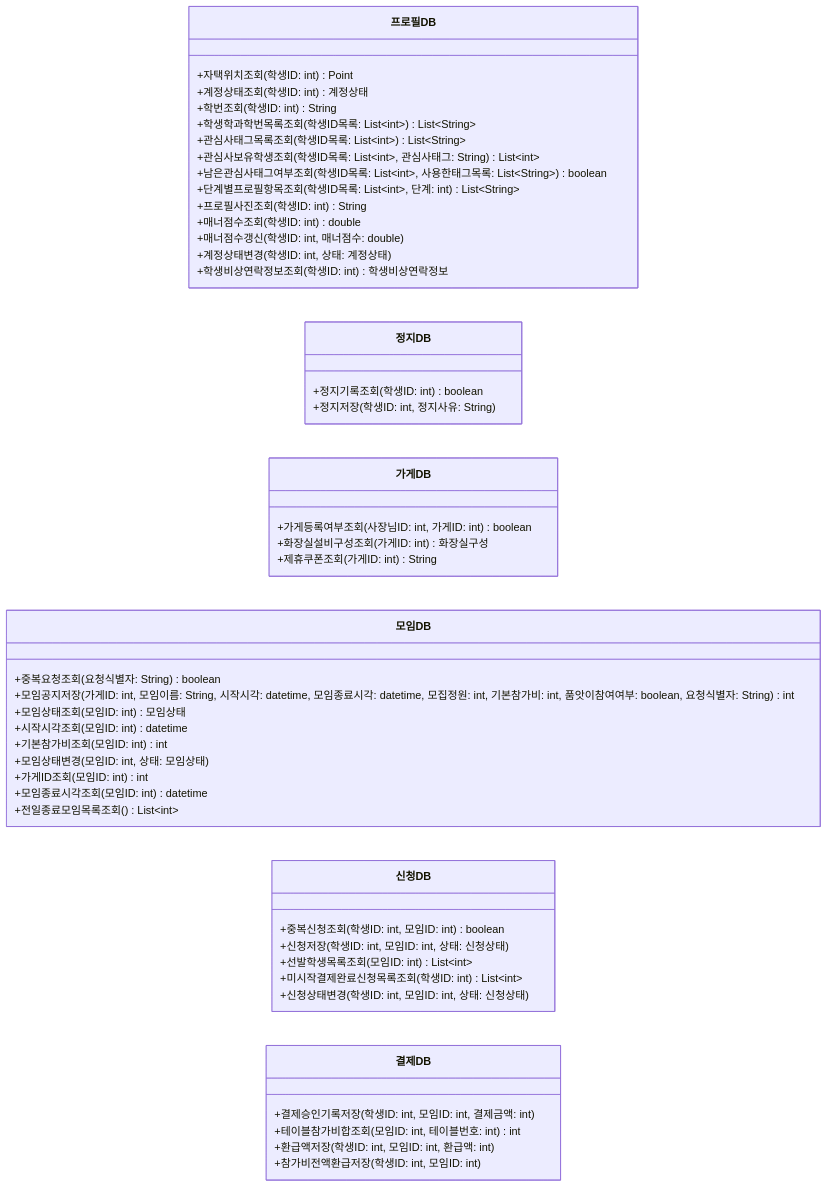
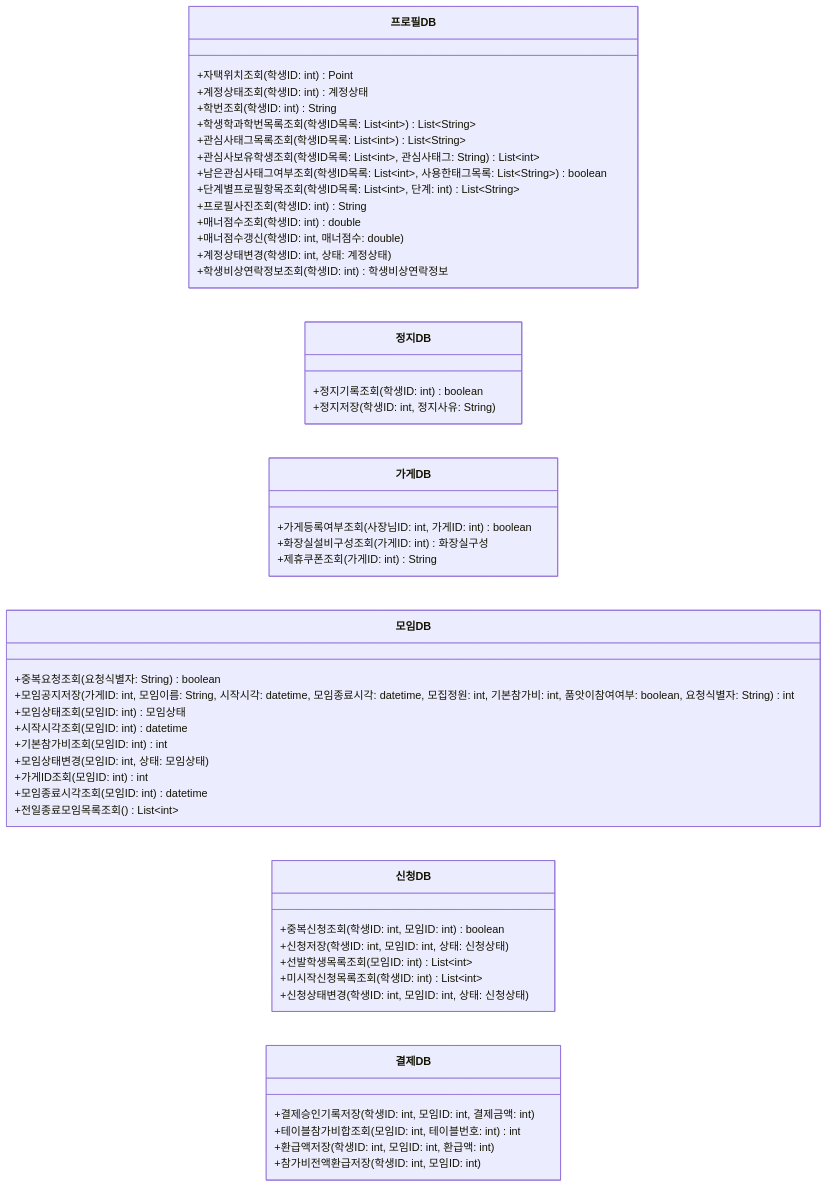
The ninth of 14 diagrams in class-diagram/class-diagram.md (hojae3/sw-engineering-16), drawn with Mermaid before and after one commit. The commit also changed other lines of this file and 11 other files, not shown here.

````diff
--- a/class-diagram/class-diagram.md
+++ b/class-diagram/class-diagram.md
@@ -656,52 +656,52 @@
 ```mermaid
 classDiagram
     direction LR
     class ProfileDB["프로필DB"] {
         +자택위치조회(학생ID: int) Point
         +계정상태조회(학생ID: int) 계정상태
         +학번조회(학생ID: int) String
         +학생학과학번목록조회(학생ID목록: List~int~) List~String~
         +관심사태그목록조회(학생ID목록: List~int~) List~String~
         +관심사보유학생조회(학생ID목록: List~int~, 관심사태그: String) List~int~
         +남은관심사태그여부조회(학생ID목록: List~int~, 사용한태그목록: List~String~) boolean
         +단계별프로필항목조회(학생ID목록: List~int~, 단계: int) List~String~
         +프로필사진조회(학생ID: int) String
         +매너점수조회(학생ID: int) double
         +매너점수갱신(학생ID: int, 매너점수: double)
         +계정상태변경(학생ID: int, 상태: 계정상태)
         +학생비상연락정보조회(학생ID: int) 학생비상연락정보
     }
     class SuspensionDB["정지DB"] {
         +정지기록조회(학생ID: int) boolean
         +정지저장(학생ID: int, 정지사유: String)
     }
     class StoreDB["가게DB"] {
         +가게등록여부조회(사장님ID: int, 가게ID: int) boolean
         +화장실설비구성조회(가게ID: int) 화장실구성
         +제휴쿠폰조회(가게ID: int) String
     }
     class MeetingDB["모임DB"] {
         +중복요청조회(요청식별자: String) boolean
         +모임공지저장(가게ID: int, 모임이름: String, 시작시각: datetime, 모임종료시각: datetime, 모집정원: int, 기본참가비: int, 품앗이참여여부: boolean, 요청식별자: String) int
         +모임상태조회(모임ID: int) 모임상태
         +시작시각조회(모임ID: int) datetime
         +기본참가비조회(모임ID: int) int
         +모임상태변경(모임ID: int, 상태: 모임상태)
         +가게ID조회(모임ID: int) int
         +모임종료시각조회(모임ID: int) datetime
         +전일종료모임목록조회() List~int~
     }
     class ApplicationDB["신청DB"] {
         +중복신청조회(학생ID: int, 모임ID: int) boolean
         +신청저장(학생ID: int, 모임ID: int, 상태: 신청상태)
         +선발학생목록조회(모임ID: int) List~int~
-        +미시작결제완료신청목록조회(학생ID: int) List~int~
+        +미시작신청목록조회(학생ID: int) List~int~
         +신청상태변경(학생ID: int, 모임ID: int, 상태: 신청상태)
     }
     class PaymentDB["결제DB"] {
         +결제승인기록저장(학생ID: int, 모임ID: int, 결제금액: int)
         +테이블참가비합조회(모임ID: int, 테이블번호: int) int
         +환급액저장(학생ID: int, 모임ID: int, 환급액: int)
         +참가비전액환급저장(학생ID: int, 모임ID: int)
     }
 ```
````
